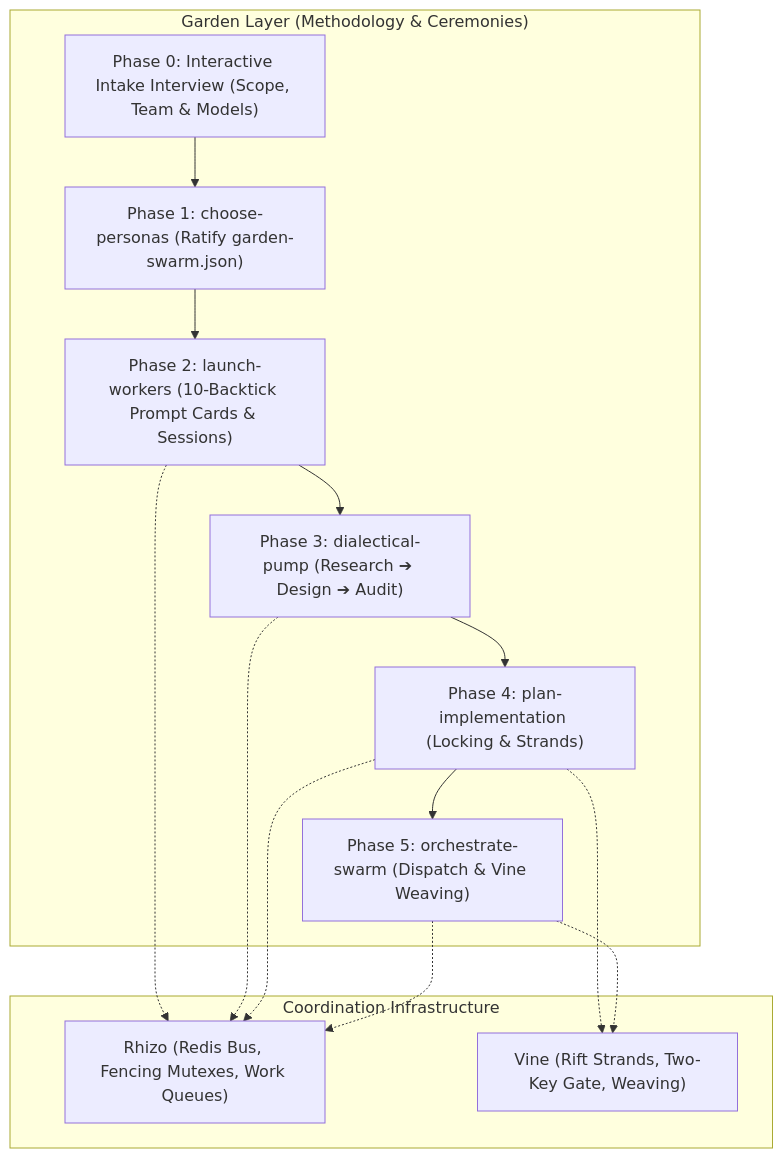
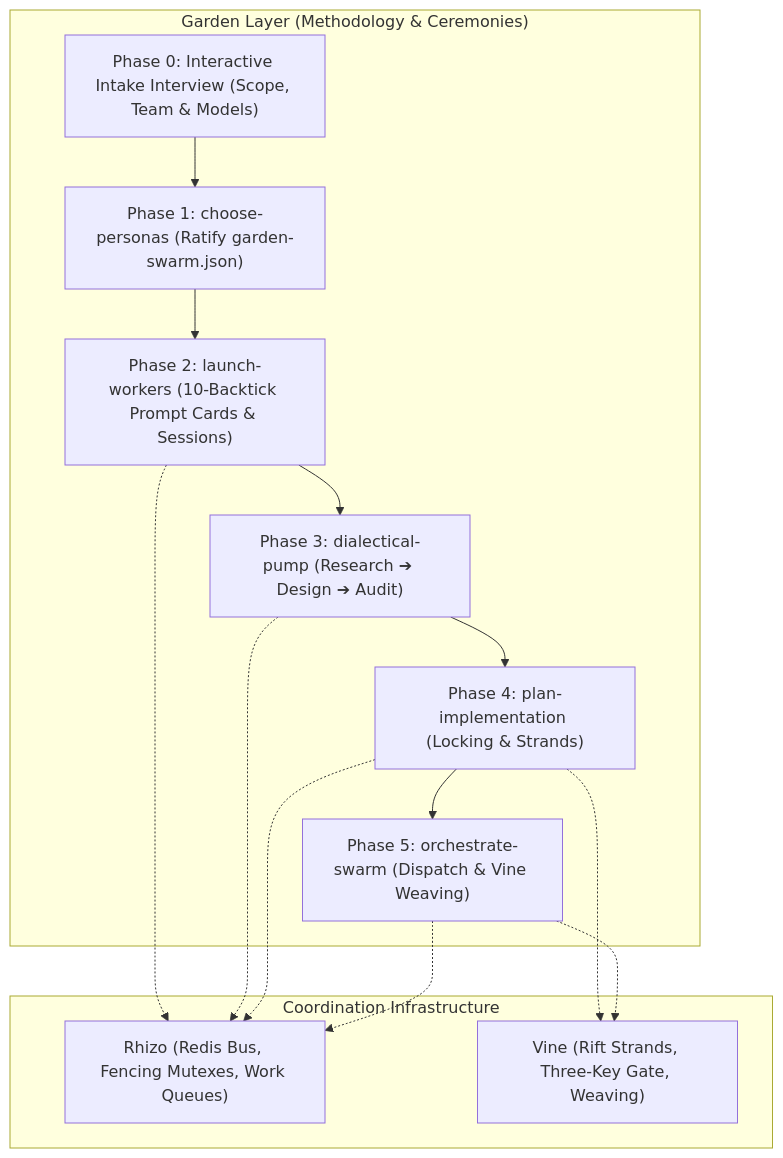
Before and after one commit to axiomantic/garden: the first of 2 diagrams in skills/garden/SKILL.md, drawn with Mermaid. The commit also changed other lines of this file and 15 other files, not shown here.

Commit message:
feat(roadmap): add botanical roadmap command, procedural personas, and defeat-device audit gate

````diff
--- a/skills/garden/SKILL.md
+++ b/skills/garden/SKILL.md
@@ -30,22 +30,22 @@
 ```mermaid
 flowchart TD
     subgraph Garden["Garden Layer (Methodology & Ceremonies)"]
         Phase0["Phase 0: Interactive Intake Interview (Scope, Team & Models)"]
         Phase1["Phase 1: choose-personas (Ratify garden-swarm.json)"]
         Phase2["Phase 2: launch-workers (10-Backtick Prompt Cards & Sessions)"]
         Phase3["Phase 3: dialectical-pump (Research ➔ Design ➔ Audit)"]
         Phase4["Phase 4: plan-implementation (Locking & Strands)"]
         Phase5["Phase 5: orchestrate-swarm (Dispatch & Vine Weaving)"]
     end
 
     subgraph Infrastructure["Coordination Infrastructure"]
         Rhizo["Rhizo (Redis Bus, Fencing Mutexes, Work Queues)"]
-        Vine["Vine (Rift Strands, Two-Key Gate, Weaving)"]
+        Vine["Vine (Rift Strands, Three-Key Gate, Weaving)"]
     end
 
     Phase0 --> Phase1 --> Phase2 --> Phase3 --> Phase4 --> Phase5
     Phase2 -.-> Rhizo
     Phase3 -.-> Rhizo
     Phase4 -.-> Rhizo & Vine
     Phase5 -.-> Rhizo & Vine
 ```
````
